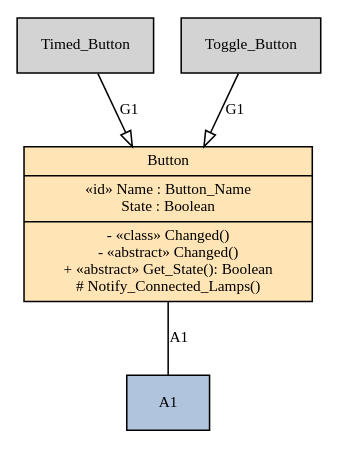
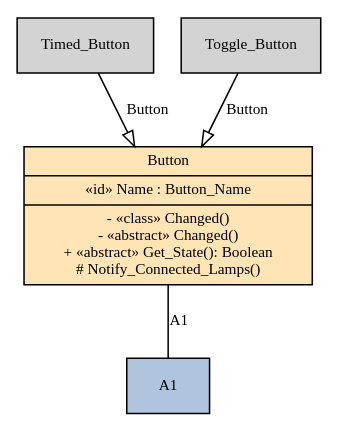
Before and after one commit to simonjwright/coldframe: the diagram in House_Management.images/House_Management.Button.class.dot, drawn with Graphviz. The commit also changed 16 other files, not shown here.

```diff
--- a/House_Management.images/House_Management.Button.class.dot
+++ b/House_Management.images/House_Management.Button.class.dot
@@ -1,15 +1,15 @@
 digraph "Button.class" {
       graph [root=Button]
       edge [fontsize=10]
       node [shape=record, style=filled, fillcolor=lightgray, fontsize=10]
 
       
-      Button [fillcolor=moccasin, URL="#Button", label="{Button|«id» Name : Button_Name\nState : Boolean|- «class» Changed()\n- «abstract» Changed()\n+ «abstract» Get_State(): Boolean\n# Notify_Connected_Lamps()}"]
+      Button [fillcolor=moccasin, URL="#Button", label="{Button|«id» Name : Button_Name|- «class» Changed()\n- «abstract» Changed()\n+ «abstract» Get_State(): Boolean\n# Notify_Connected_Lamps()}"]
 A1 [fillcolor=lightsteelblue, URL="#A1"]
 Timed_Button [URL="#Timed_Button"]
 Toggle_Button [URL="#Toggle_Button"]
 Button -> A1 [label="A1", arrowhead=none, URL="#A1"]
-Timed_Button -> Button [label="G1", arrowhead=onormal, URL="#G1"]
-Toggle_Button -> Button [label="G1", arrowhead=onormal, URL="#G1"]
+Timed_Button -> Button [label="Button", arrowhead=onormal, URL="#Button"]
+Toggle_Button -> Button [label="Button", arrowhead=onormal, URL="#Button"]
 
       }
```
